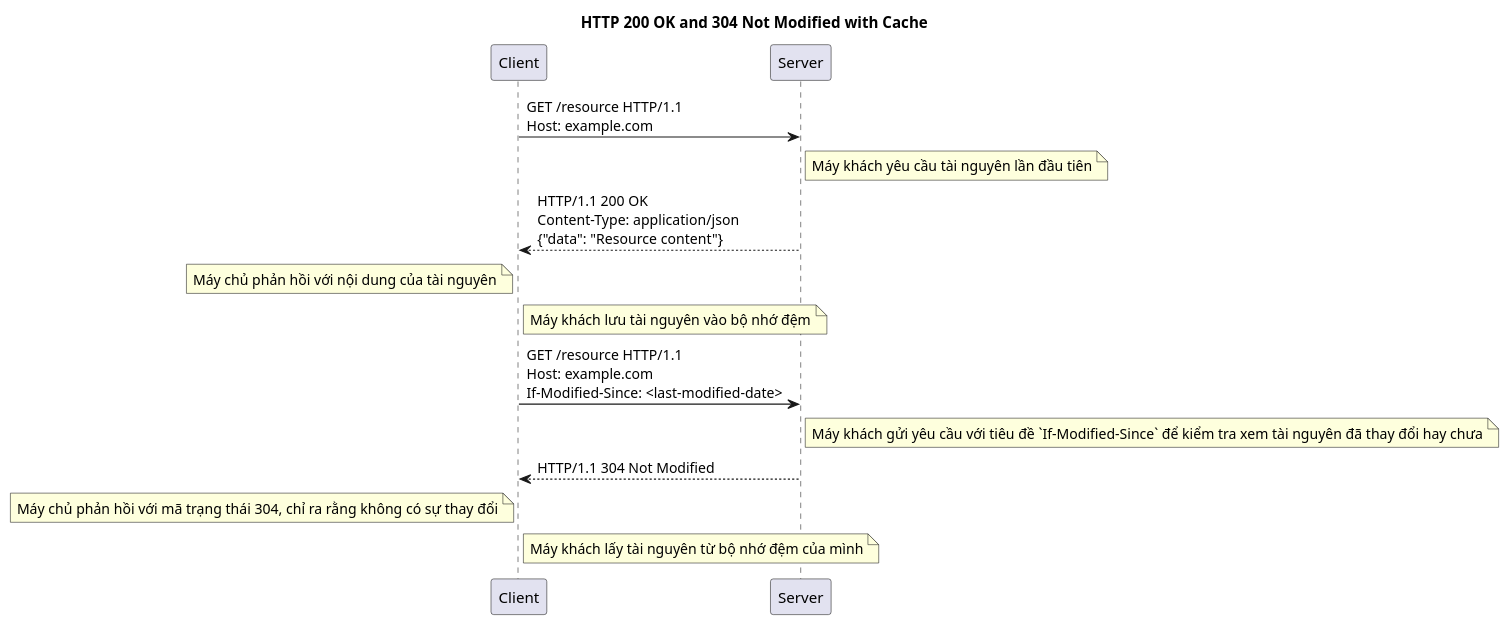
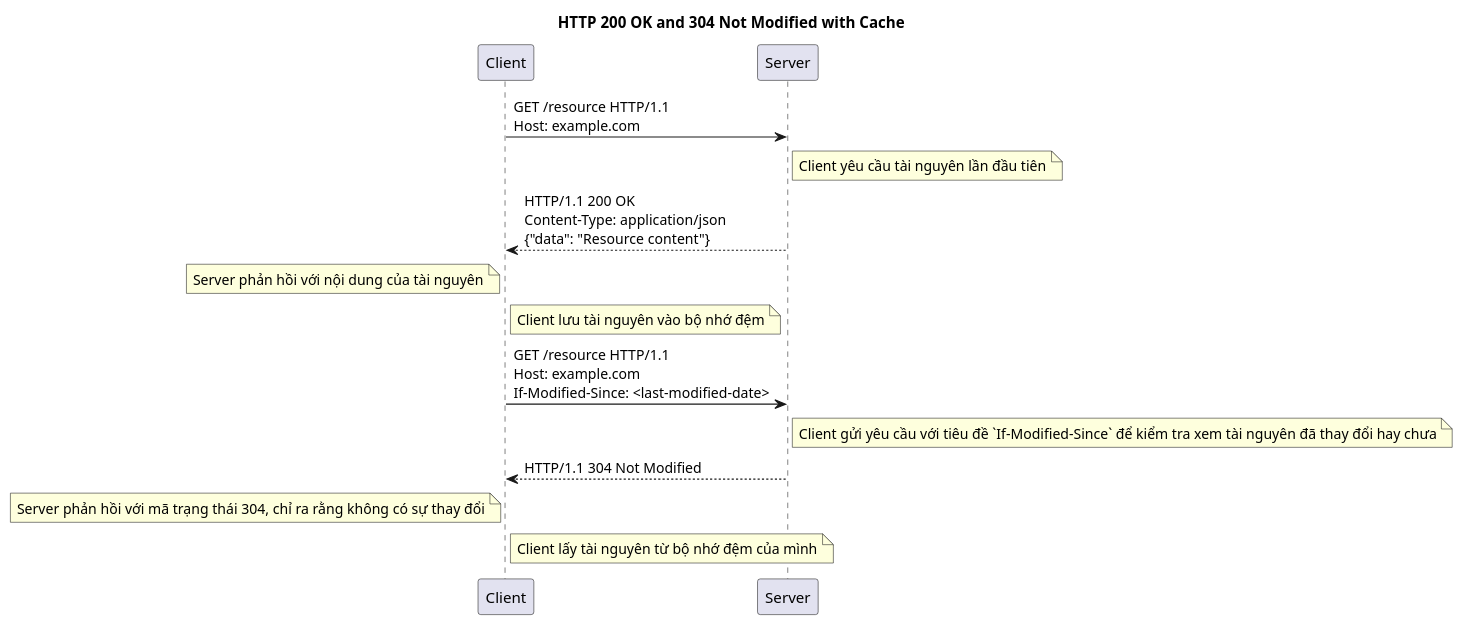
Before and after one commit to thanhlv-com/thanhlv-blog: diagram 15 of 27 in packages/apps/src/blog/2024-12-05-y-nghia-cua-cac-http-status-code.md, drawn with PlantUML. The commit also changed other lines of this file, not shown here.

````diff
--- a/packages/apps/src/blog/2024-12-05-y-nghia-cua-cac-http-status-code.md
+++ b/packages/apps/src/blog/2024-12-05-y-nghia-cua-cac-http-status-code.md
@@ -524,25 +524,25 @@
 ```plantuml
 @startuml
 
 title HTTP 200 OK and 304 Not Modified with Cache
 
 participant "Client" as C
 participant "Server" as S
 
 C -> S: GET /resource HTTP/1.1\nHost: example.com
-note right of S: Máy khách yêu cầu tài nguyên lần đầu tiên
+note right of S: Client yêu cầu tài nguyên lần đầu tiên
 
 S --> C: HTTP/1.1 200 OK\nContent-Type: application/json\n{"data": "Resource content"}
-note left of C: Máy chủ phản hồi với nội dung của tài nguyên
-note right of C: Máy khách lưu tài nguyên vào bộ nhớ đệm
+note left of C: Server phản hồi với nội dung của tài nguyên
+note right of C: Client lưu tài nguyên vào bộ nhớ đệm
 
 C -> S: GET /resource HTTP/1.1\nHost: example.com\nIf-Modified-Since: <last-modified-date>
-note right of S: Máy khách gửi yêu cầu với tiêu đề `If-Modified-Since` để kiểm tra xem tài nguyên đã thay đổi hay chưa
+note right of S: Client gửi yêu cầu với tiêu đề `If-Modified-Since` để kiểm tra xem tài nguyên đã thay đổi hay chưa
 
 S --> C: HTTP/1.1 304 Not Modified
-note left of C: Máy chủ phản hồi với mã trạng thái 304, chỉ ra rằng không có sự thay đổi
-note right of C: Máy khách lấy tài nguyên từ bộ nhớ đệm của mình
+note left of C: Server phản hồi với mã trạng thái 304, chỉ ra rằng không có sự thay đổi
+note right of C: Client lấy tài nguyên từ bộ nhớ đệm của mình
 
 @enduml
 
 ```
````
